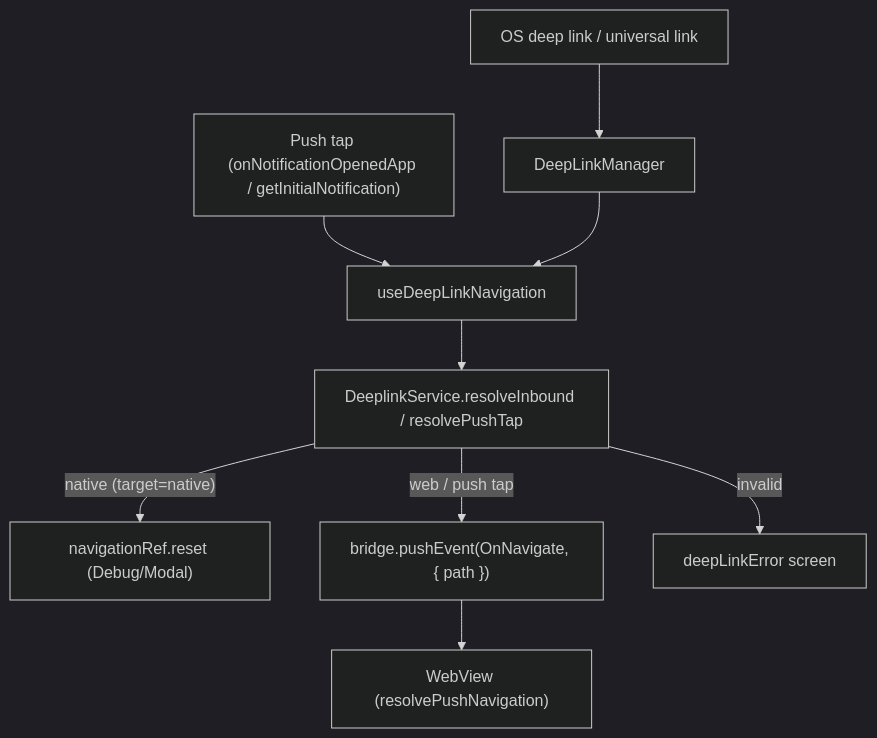
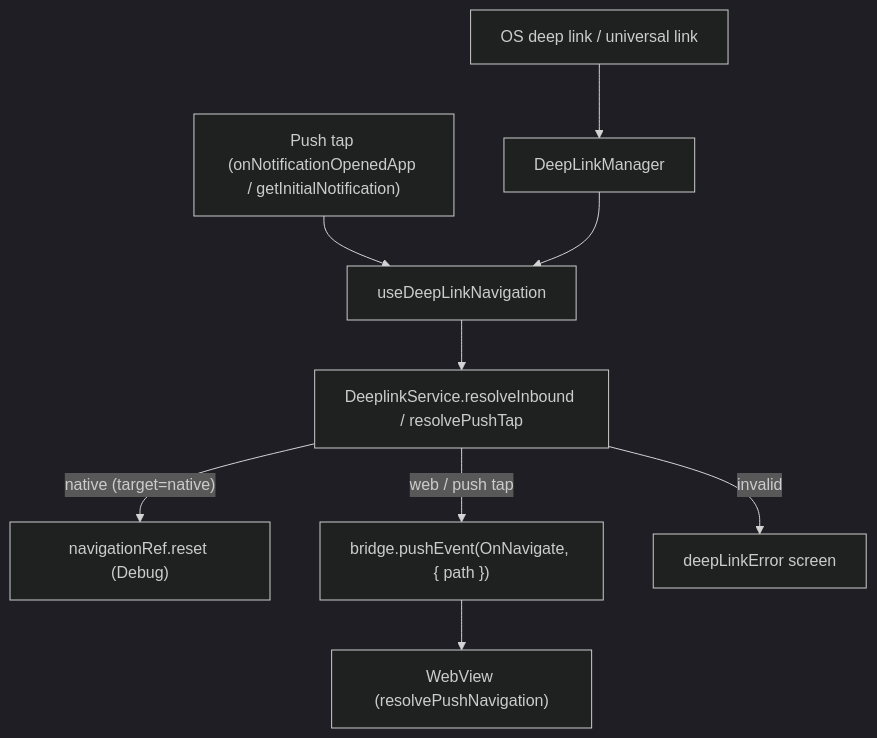
Before and after one commit to lemoncloud-io/dou-app: the diagram in apps/mobile/docs/system/deeplink.md, drawn with Mermaid (dark theme). The commit also changed other lines of this file and 8 other files, not shown here.

First line of the commit message:
refactor(mobile): remove ModalScreen, the native half of the retired modal bridge flow

````diff
--- a/apps/mobile/docs/system/deeplink.md
+++ b/apps/mobile/docs/system/deeplink.md
@@ -26,11 +26,11 @@
 ```mermaid
 flowchart TD
     OS["OS deep link / universal link"] --> Manager["DeepLinkManager"]
     Push["Push tap (onNotificationOpenedApp / getInitialNotification)"] --> Coord
     Manager --> Coord["useDeepLinkNavigation"]
     Coord --> Resolve["DeeplinkService.resolveInbound / resolvePushTap"]
-    Resolve -->|"native (target=native)"| Native["navigationRef.reset (Debug/Modal)"]
+    Resolve -->|"native (target=native)"| Native["navigationRef.reset (Debug)"]
     Resolve -->|"web / push tap"| Navigate["bridge.pushEvent(OnNavigate, { path })"]
     Resolve -->|"invalid"| Error["deepLinkError screen"]
     Navigate --> Web["WebView (resolvePushNavigation)"]
 ```
````
